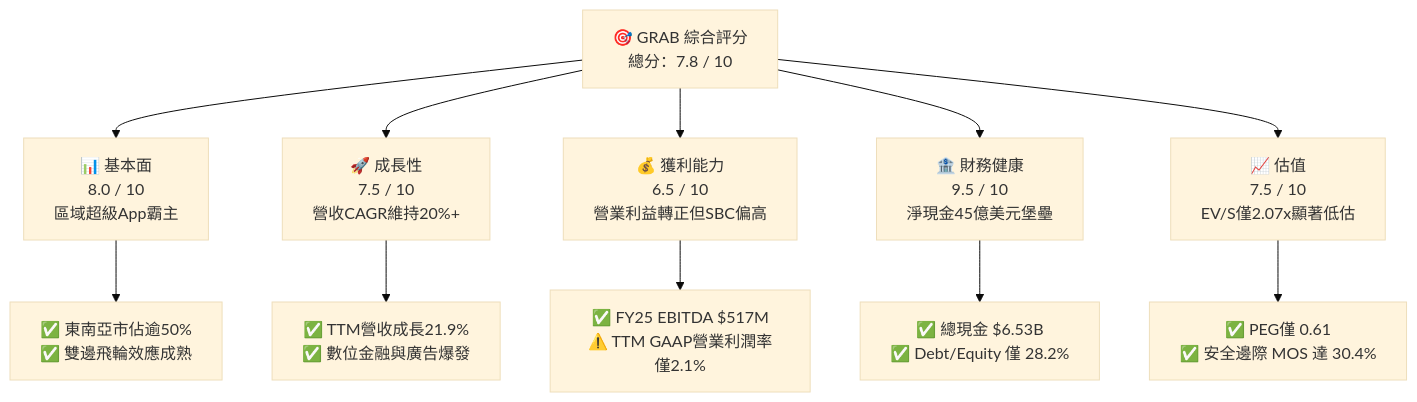
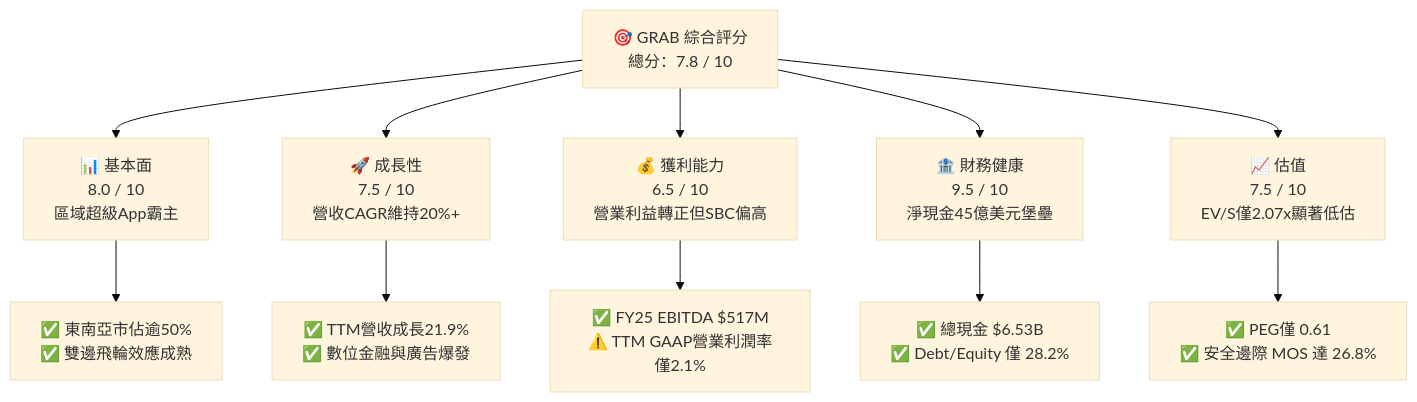
The first of 15 diagrams in ai_gen_report/fundamental/grab/fundamental_analysis_2026-10-21_gemini.md (yennanliu/finance_data), drawn with Mermaid (base theme) before and after one commit. The commit also changed other lines of this file and 339 other files, not shown here.

````diff
--- a/ai_gen_report/fundamental/grab/fundamental_analysis_2026-10-21_gemini.md
+++ b/ai_gen_report/fundamental/grab/fundamental_analysis_2026-10-21_gemini.md
@@ -60,22 +67,22 @@
 ```mermaid
 graph TD
     TICKER["🎯 GRAB 綜合評分<br/>總分：7.8 / 10"]
 
     F["📊 基本面<br/>8.0 / 10<br/>區域超級App霸主"]
     G["🚀 成長性<br/>7.5 / 10<br/>營收CAGR維持20%+"]
     P["💰 獲利能力<br/>6.5 / 10<br/>營業利益轉正但SBC偏高"]
     B["🏦 財務健康<br/>9.5 / 10<br/>淨現金45億美元堡壘"]
     V["📈 估值<br/>7.5 / 10<br/>EV/S僅2.07x顯著低估"]
 
     TICKER --> F
     TICKER --> G
     TICKER --> P
     TICKER --> B
     TICKER --> V
 
     F --> F1["✅ 東南亞市佔逾50%<br/>✅ 雙邊飛輪效應成熟"]
     G --> G1["✅ TTM營收成長21.9%<br/>✅ 數位金融與廣告爆發"]
     P --> P1["✅ FY25 EBITDA $517M<br/>⚠️ TTM GAAP營業利潤率僅2.1%"]
     B --> B1["✅ 總現金 $6.53B<br/>✅ Debt/Equity 僅 28.2%"]
-    V --> V1["✅ PEG僅 0.61<br/>✅ 安全邊際 MOS 達 30.4%"]
+    V --> V1["✅ PEG僅 0.61<br/>✅ 安全邊際 MOS 達 26.8%"]
 ```
````
